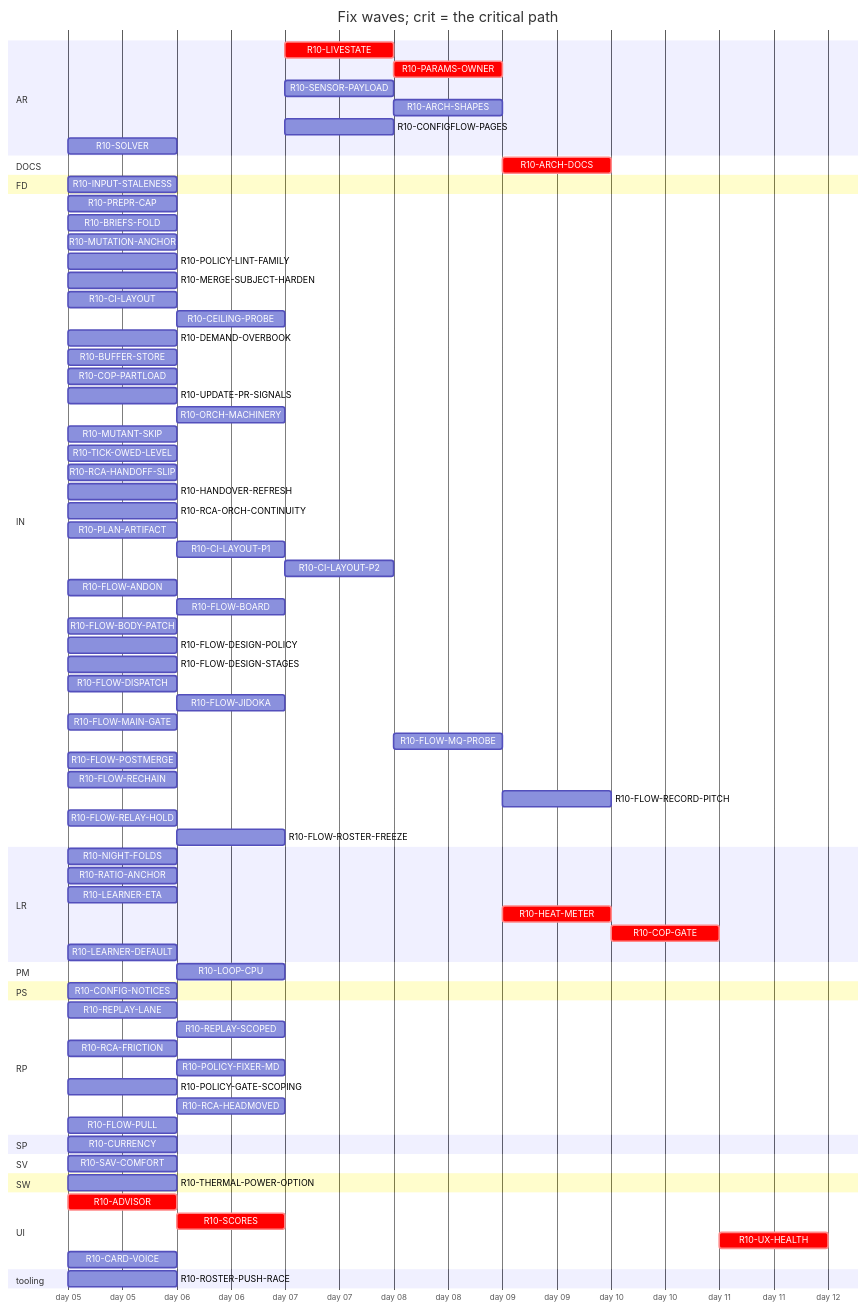
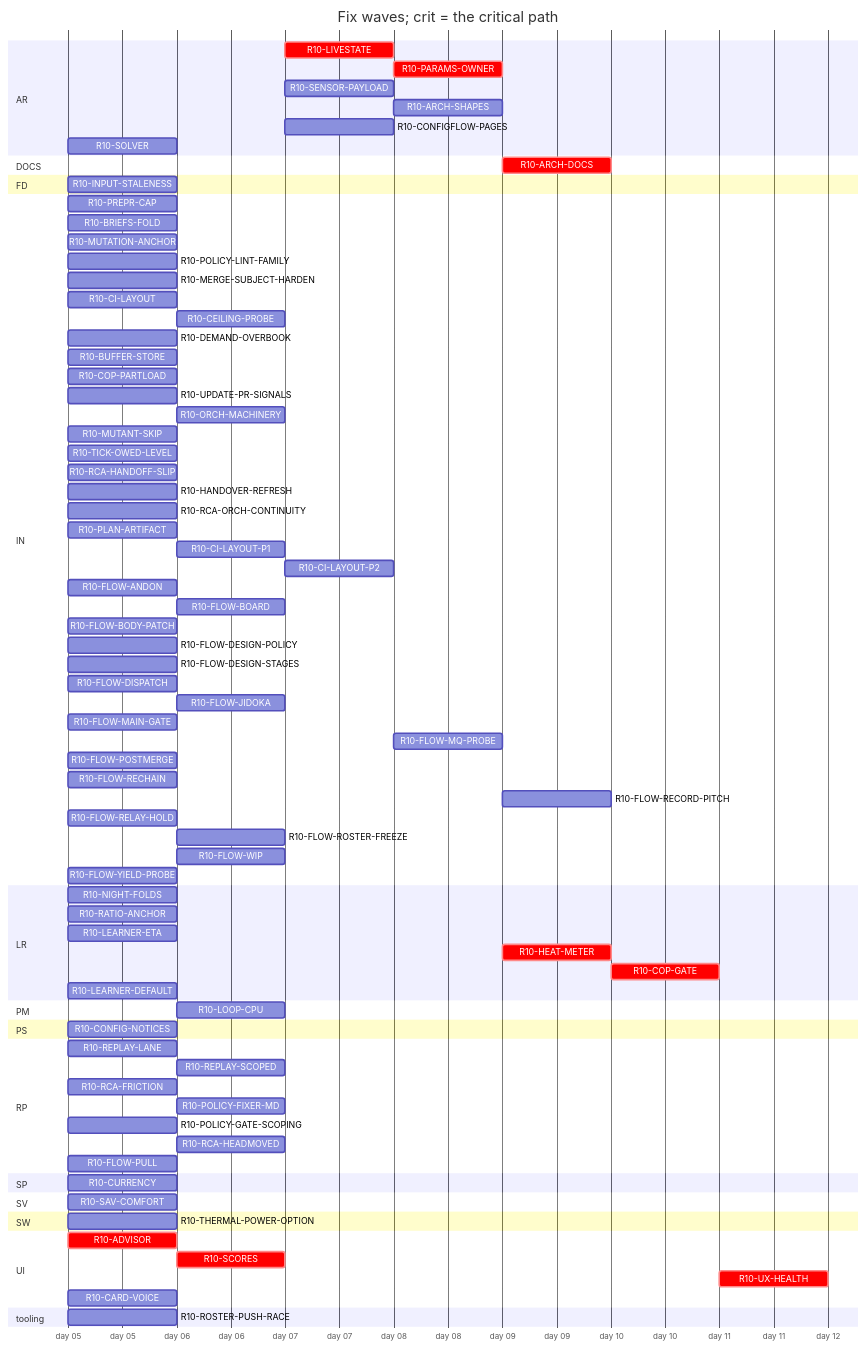
The diagram in handoff/round10/state/PLAN-TABLE.md (tvofi/heatpump_optimizer), drawn with Mermaid before and after one commit. The commit also changed other lines of this file and 2 other files, not shown here.

```diff
--- a/handoff/round10/state/PLAN-TABLE.md
+++ b/handoff/round10/state/PLAN-TABLE.md
@@ -74,6 +74,8 @@
     R10-FLOW-RECORD-PITCH :r10FLOWRECORDPITCH, after r10CILAYOUTP2 r10FLOWPULL r10FLOWMQPROBE, 1d
     R10-FLOW-RELAY-HOLD :r10FLOWRELAYHOLD, 2026-01-05, 1d
     R10-FLOW-ROSTER-FREEZE :r10FLOWROSTERFREEZE, after r10FLOWRELAYHOLD, 1d
+    R10-FLOW-WIP :r10FLOWWIP, after r10FLOWPULL, 1d
+    R10-FLOW-YIELD-PROBE :r10FLOWYIELDPROBE, 2026-01-05, 1d
   section LR
     R10-NIGHT-FOLDS :r10NIGHTFOLDS, 2026-01-05, 1d
     R10-RATIO-ANCHOR :r10RATIOANCHOR, 2026-01-05, 1d
```
